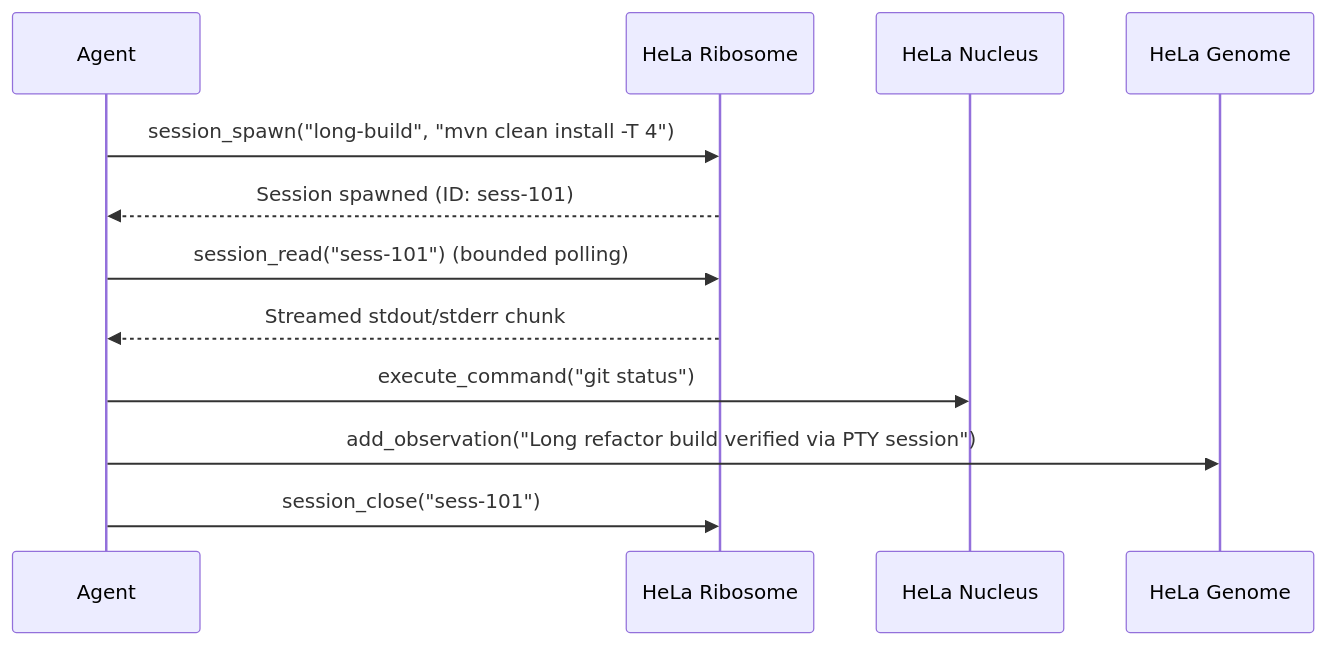
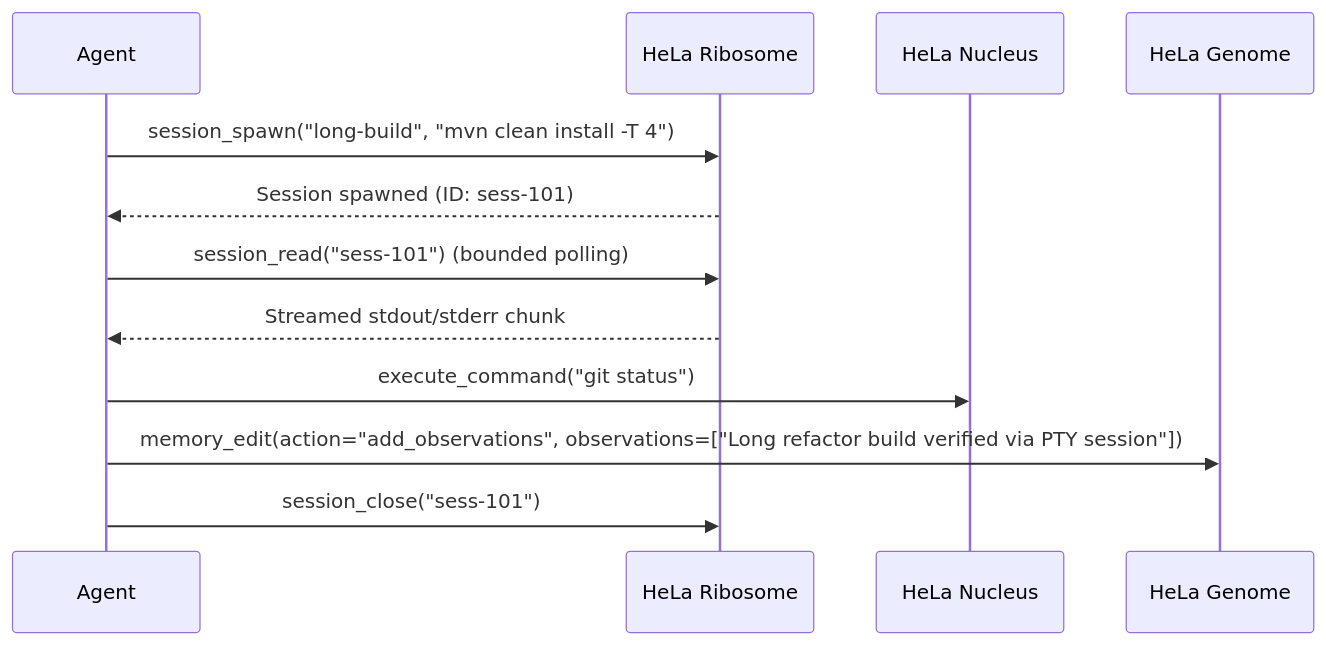
One commit to 1999AZZAR/hela-mcp-ecosystem changed the seventh of 7 diagrams in docs/workflows.md. Above: the diagram before and after it, drawn with Mermaid. The commit also changed other lines of this file and 25 other files, not shown here.

````diff
--- a/docs/workflows.md
+++ b/docs/workflows.md
@@ -209,15 +209,15 @@
 ```mermaid
 sequenceDiagram
     participant Agent
     participant Ribosome as HeLa Ribosome
     participant Nucleus as HeLa Nucleus
     participant Genome as HeLa Genome
 
     Agent->>Ribosome: session_spawn("long-build", "mvn clean install -T 4")
     Ribosome-->>Agent: Session spawned (ID: sess-101)
     Agent->>Ribosome: session_read("sess-101") (bounded polling)
     Ribosome-->>Agent: Streamed stdout/stderr chunk
     Agent->>Nucleus: execute_command("git status")
-    Agent->>Genome: add_observation("Long refactor build verified via PTY session")
+    Agent->>Genome: memory_edit(action="add_observations", observations=["Long refactor build verified via PTY session"])
     Agent->>Ribosome: session_close("sess-101")
 ```
````
